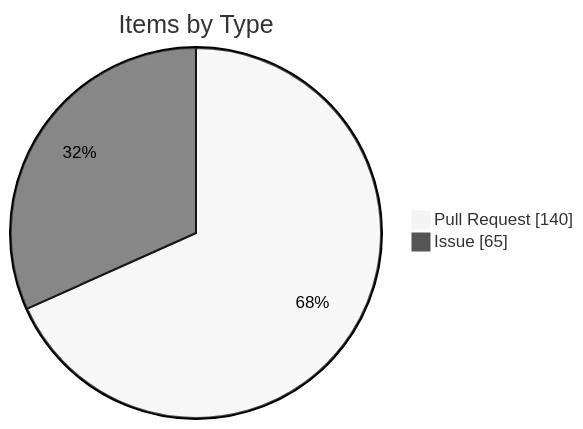
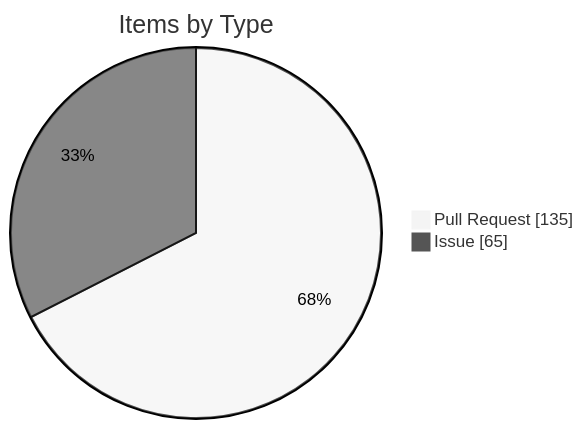
One commit to KBVE/kbve changed the fourth of 4 diagrams in apps/kbve/astro-kbve/src/content/docs/dashboard/kanban-data.mdx. Above: the diagram before and after it, drawn with Mermaid (neutral theme). The commit also changed other lines of this file and 8 other files, not shown here.

````diff
--- a/apps/kbve/astro-kbve/src/content/docs/dashboard/kanban-data.mdx
+++ b/apps/kbve/astro-kbve/src/content/docs/dashboard/kanban-data.mdx
@@ -116,6 +116,6 @@
 ```mermaid
 pie showData
     title Items by Type
-    "Pull Request" : 140
+    "Pull Request" : 135
     "Issue" : 65
 ```
````
